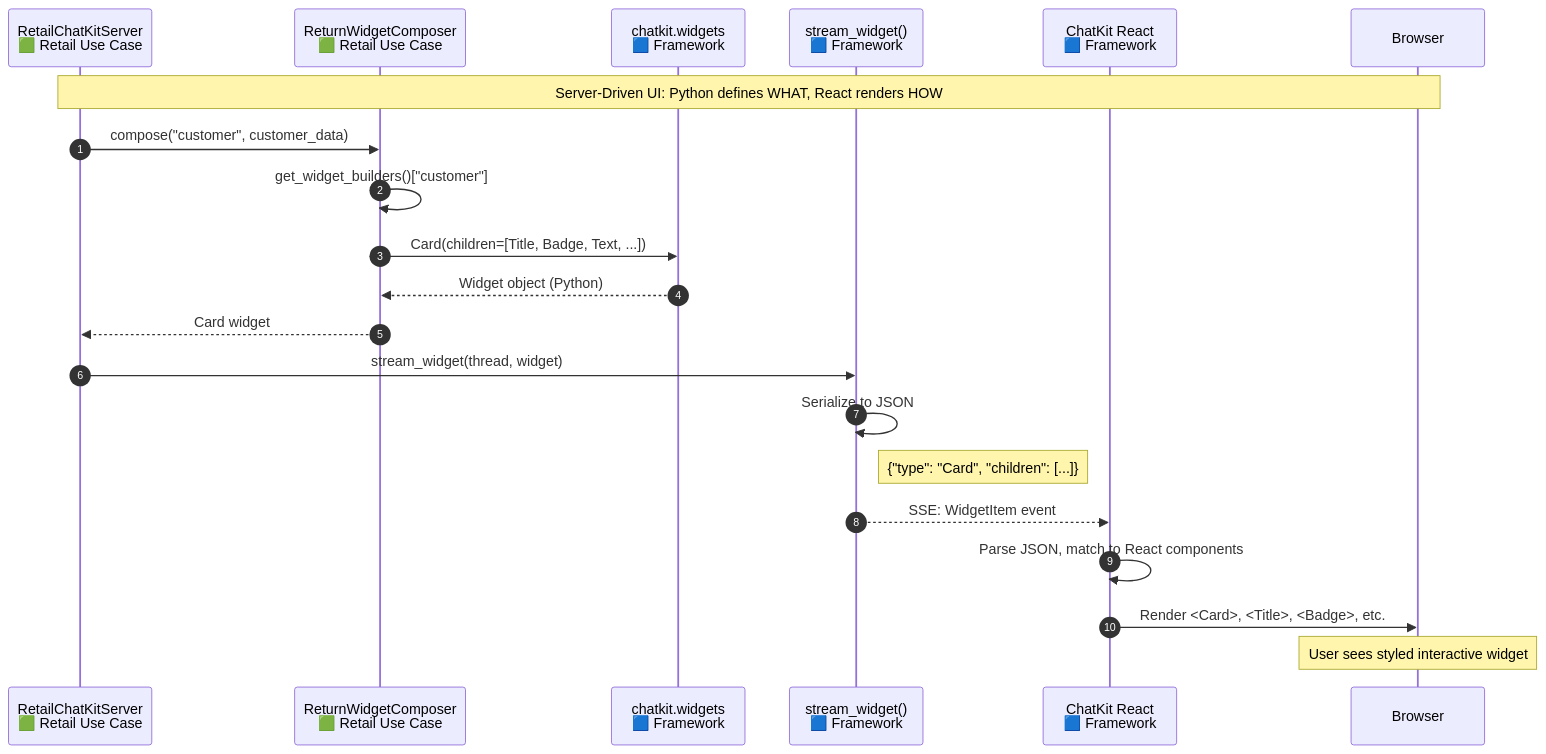
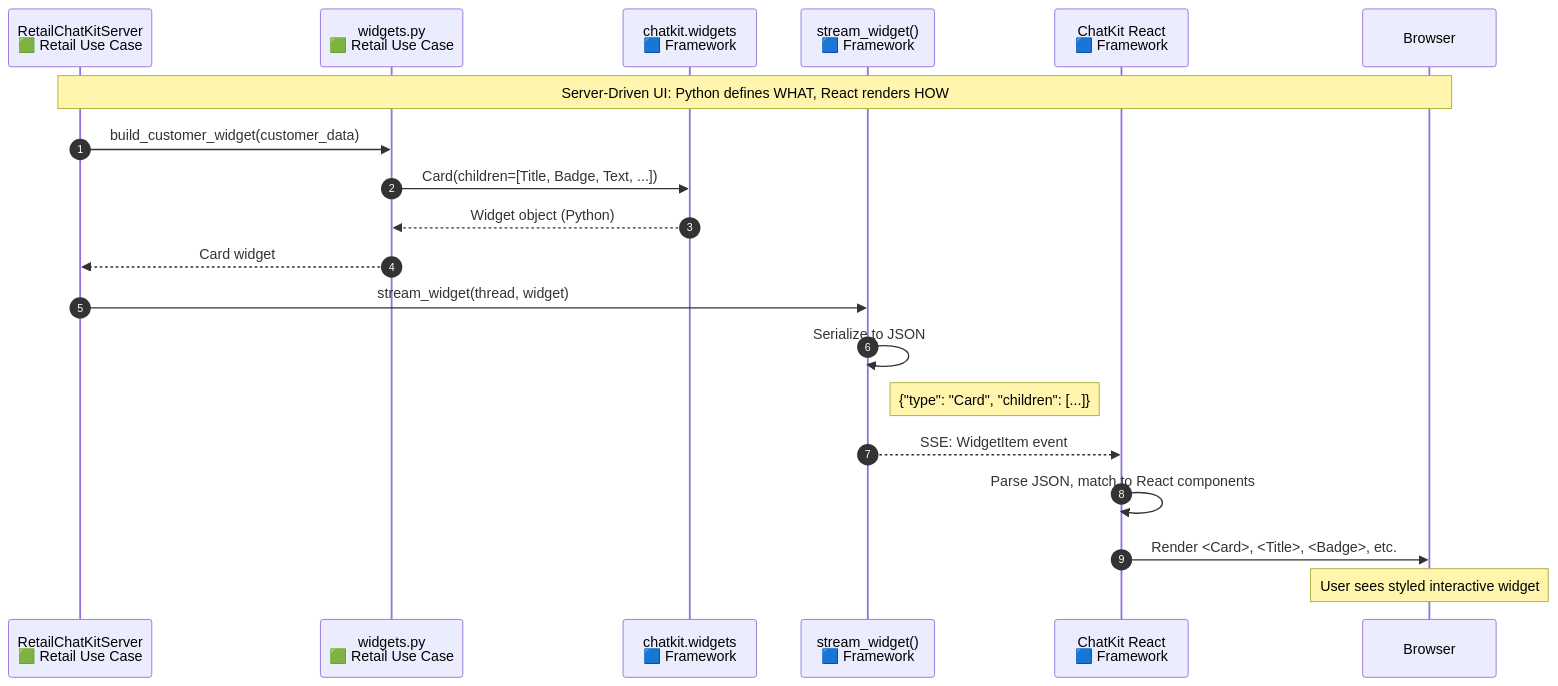
The seventh of 9 diagrams in docs/DIAGRAMS.md (MSFT-Innovation-Hub-India/Chatkit-Order-Return-Sample), drawn with Mermaid before and after one commit. The commit also changed other lines of this file and 7 other files, not shown here.

````diff
--- a/docs/DIAGRAMS.md
+++ b/docs/DIAGRAMS.md
@@ -597,29 +516,28 @@
 ```mermaid
 sequenceDiagram
     autonumber
     
     participant RetailServer as RetailChatKitServer<br/>🟩 Retail Use Case
-    participant WidgetComposer as ReturnWidgetComposer<br/>🟩 Retail Use Case
+    participant Widgets as widgets.py<br/>🟩 Retail Use Case
     participant ChatKitWidgets as chatkit.widgets<br/>🟦 Framework
     participant StreamWidget as stream_widget()<br/>🟦 Framework
     participant ChatKitReact as ChatKit React<br/>🟦 Framework
     participant Browser
 
     Note over RetailServer,Browser: Server-Driven UI: Python defines WHAT, React renders HOW
 
-    RetailServer->>WidgetComposer: compose("customer", customer_data)
-    WidgetComposer->>WidgetComposer: get_widget_builders()["customer"]
-    WidgetComposer->>ChatKitWidgets: Card(children=[Title, Badge, Text, ...])
-    ChatKitWidgets-->>WidgetComposer: Widget object (Python)
-    WidgetComposer-->>RetailServer: Card widget
+    RetailServer->>Widgets: build_customer_widget(customer_data)
+    Widgets->>ChatKitWidgets: Card(children=[Title, Badge, Text, ...])
+    ChatKitWidgets-->>Widgets: Widget object (Python)
+    Widgets-->>RetailServer: Card widget
     
     RetailServer->>StreamWidget: stream_widget(thread, widget)
     StreamWidget->>StreamWidget: Serialize to JSON
     Note right of StreamWidget: {"type": "Card", "children": [...]}
     StreamWidget-->>ChatKitReact: SSE: WidgetItem event
     
     ChatKitReact->>ChatKitReact: Parse JSON, match to React components
     ChatKitReact->>Browser: Render <Card>, <Title>, <Badge>, etc.
     
     Note over Browser: User sees styled interactive widget
 ```
````
